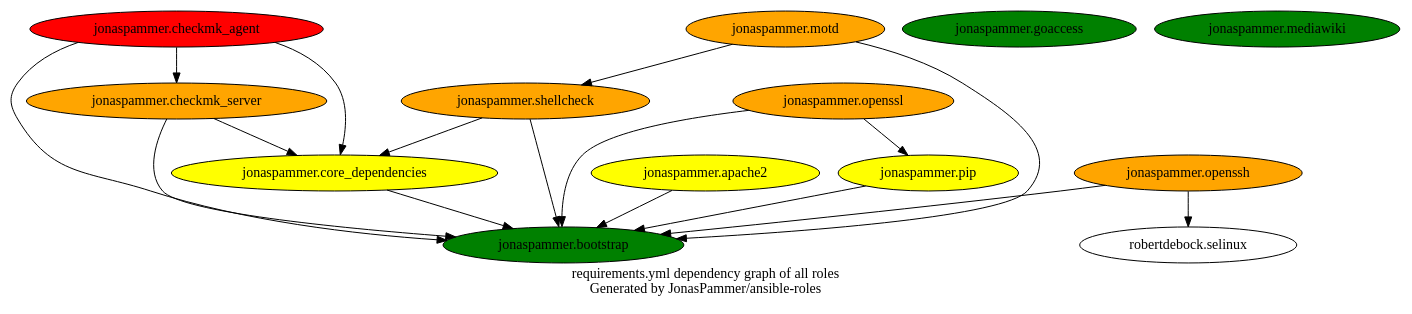
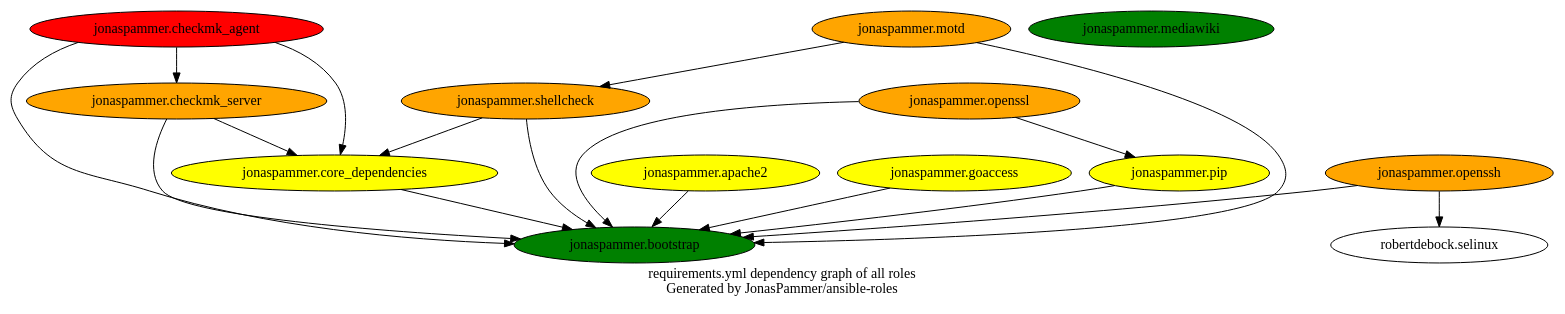
The diagram in graphs/dependencies_ALL.dot (JonasPammer/ansible-roles), drawn with Graphviz before and after one commit. The commit also changed 6 other files, not shown here.

```diff
--- a/graphs/dependencies_ALL.dot
+++ b/graphs/dependencies_ALL.dot
@@ -1,29 +1,30 @@
 digraph hierarchy {
   label = "requirements.yml dependency graph of all roles \n Generated by JonasPammer/ansible-roles" ;
 
   {
     "jonaspammer.bootstrap" [fillcolor=green style=filled]
     "jonaspammer.core_dependencies" [fillcolor=yellow style=filled]
     "jonaspammer.pip" [fillcolor=yellow style=filled]
     "jonaspammer.shellcheck" [fillcolor=orange style=filled]
     "jonaspammer.checkmk_server" [fillcolor=orange style=filled]
     "jonaspammer.checkmk_agent" [fillcolor=red style=filled]
     "jonaspammer.openssh" [fillcolor=orange style=filled]
     "jonaspammer.motd" [fillcolor=orange style=filled]
     "jonaspammer.apache2" [fillcolor=yellow style=filled]
     "jonaspammer.openssl" [fillcolor=orange style=filled]
-    "jonaspammer.goaccess" [fillcolor=green style=filled]
+    "jonaspammer.goaccess" [fillcolor=yellow style=filled]
     "jonaspammer.mediawiki" [fillcolor=green style=filled]
   }
 
 
   "jonaspammer.core_dependencies" -> {"jonaspammer.bootstrap"}
   "jonaspammer.pip" -> {"jonaspammer.bootstrap"}
   "jonaspammer.shellcheck" -> {"jonaspammer.bootstrap" "jonaspammer.core_dependencies"}
   "jonaspammer.checkmk_server" -> {"jonaspammer.bootstrap" "jonaspammer.core_dependencies"}
   "jonaspammer.checkmk_agent" -> {"jonaspammer.bootstrap" "jonaspammer.checkmk_server" "jonaspammer.core_dependencies"}
   "jonaspammer.openssh" -> {"jonaspammer.bootstrap" "robertdebock.selinux"}
   "jonaspammer.motd" -> {"jonaspammer.bootstrap" "jonaspammer.shellcheck"}
   "jonaspammer.apache2" -> {"jonaspammer.bootstrap"}
   "jonaspammer.openssl" -> {"jonaspammer.pip" "jonaspammer.bootstrap"}
+  "jonaspammer.goaccess" -> {"jonaspammer.bootstrap"}
 }
```
